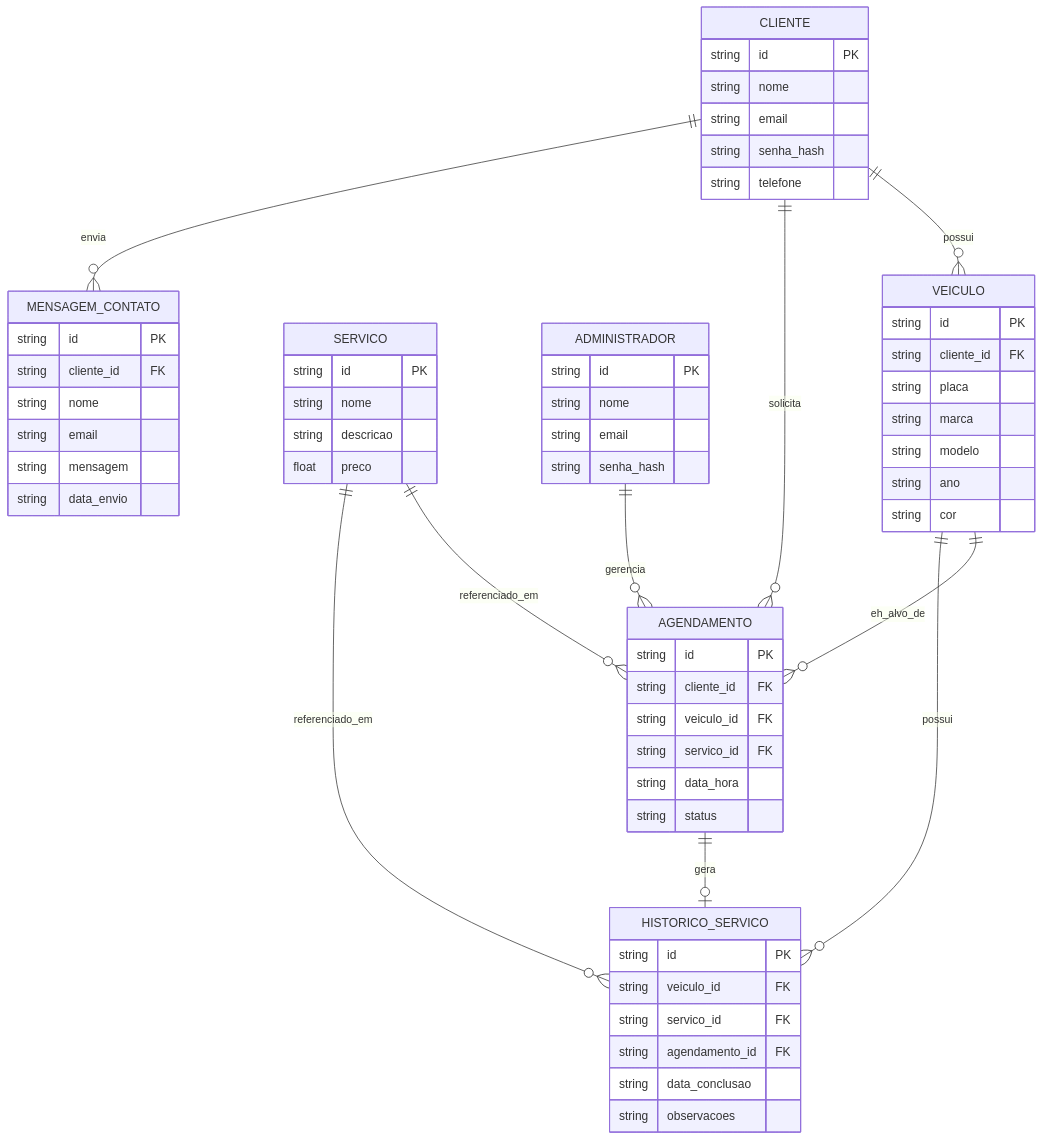
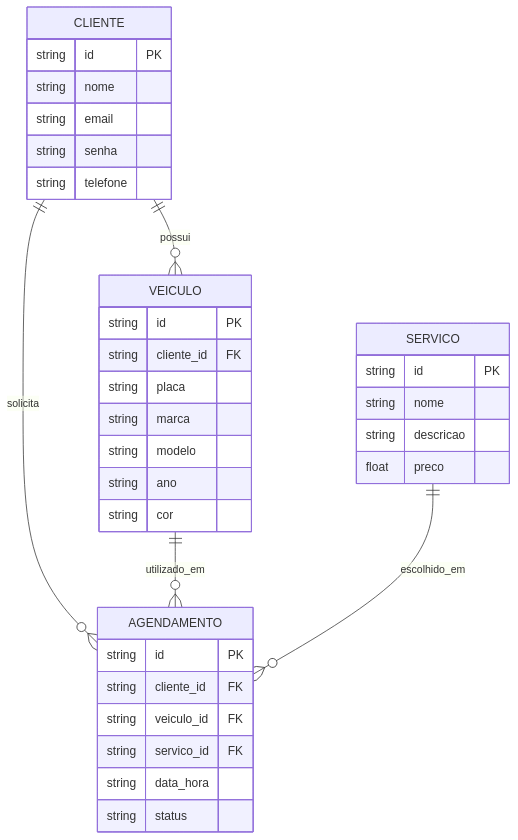
One commit to jose-augusto-wennek/sistema-para-est-tica-automotiva changed the diagram in docs/architecture.md. Above: the diagram before and after it, drawn with Mermaid. The commit also changed other lines of this file, not shown here.

````diff
--- a/docs/architecture.md
+++ b/docs/architecture.md
@@ -9,71 +9,41 @@
 ```mermaid
 erDiagram
     CLIENTE ||--o{ VEICULO : possui
     CLIENTE ||--o{ AGENDAMENTO : solicita
-    VEICULO ||--o{ AGENDAMENTO : eh_alvo_de
-    VEICULO ||--o{ HISTORICO_SERVICO : possui
-    SERVICO ||--o{ AGENDAMENTO : referenciado_em
-    SERVICO ||--o{ HISTORICO_SERVICO : referenciado_em
-    AGENDAMENTO ||--o| HISTORICO_SERVICO : gera
-    ADMINISTRADOR ||--o{ AGENDAMENTO : gerencia
-    CLIENTE ||--o{ MENSAGEM_CONTATO : envia
+    VEICULO ||--o{ AGENDAMENTO : utilizado_em
+    SERVICO ||--o{ AGENDAMENTO : escolhido_em
 
     CLIENTE {
         string id PK
         string nome
         string email
-        string senha_hash
+        string senha
         string telefone
     }
 
     VEICULO {
         string id PK
         string cliente_id FK
         string placa
         string marca
         string modelo
         string ano
         string cor
     }
 
     SERVICO {
         string id PK
         string nome
         string descricao
         float preco
     }
 
     AGENDAMENTO {
         string id PK
         string cliente_id FK
         string veiculo_id FK
         string servico_id FK
         string data_hora
         string status
     }
-
-    HISTORICO_SERVICO {
-        string id PK
-        string veiculo_id FK
-        string servico_id FK
-        string agendamento_id FK
-        string data_conclusao
-        string observacoes
-    }
-
-    ADMINISTRADOR {
-        string id PK
-        string nome
-        string email
-        string senha_hash
-    }
-
-    MENSAGEM_CONTATO {
-        string id PK
-        string cliente_id FK
-        string nome
-        string email
-        string mensagem
-        string data_envio
-    }
 ```
````
